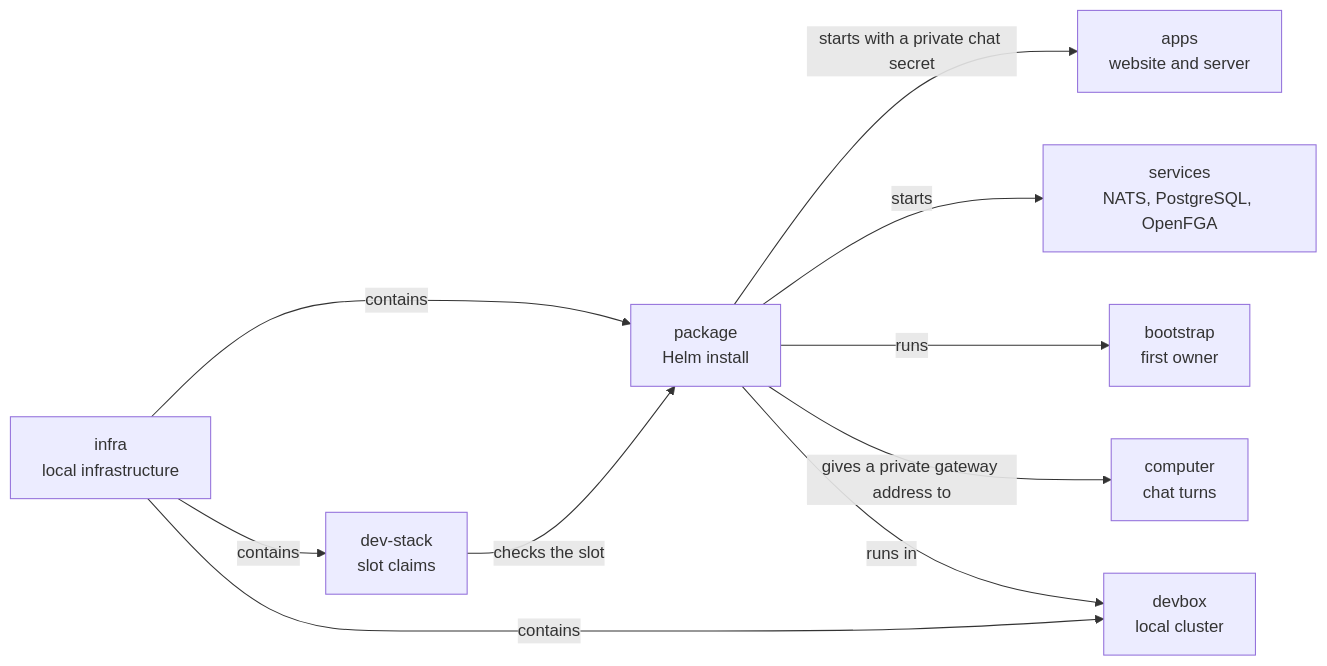
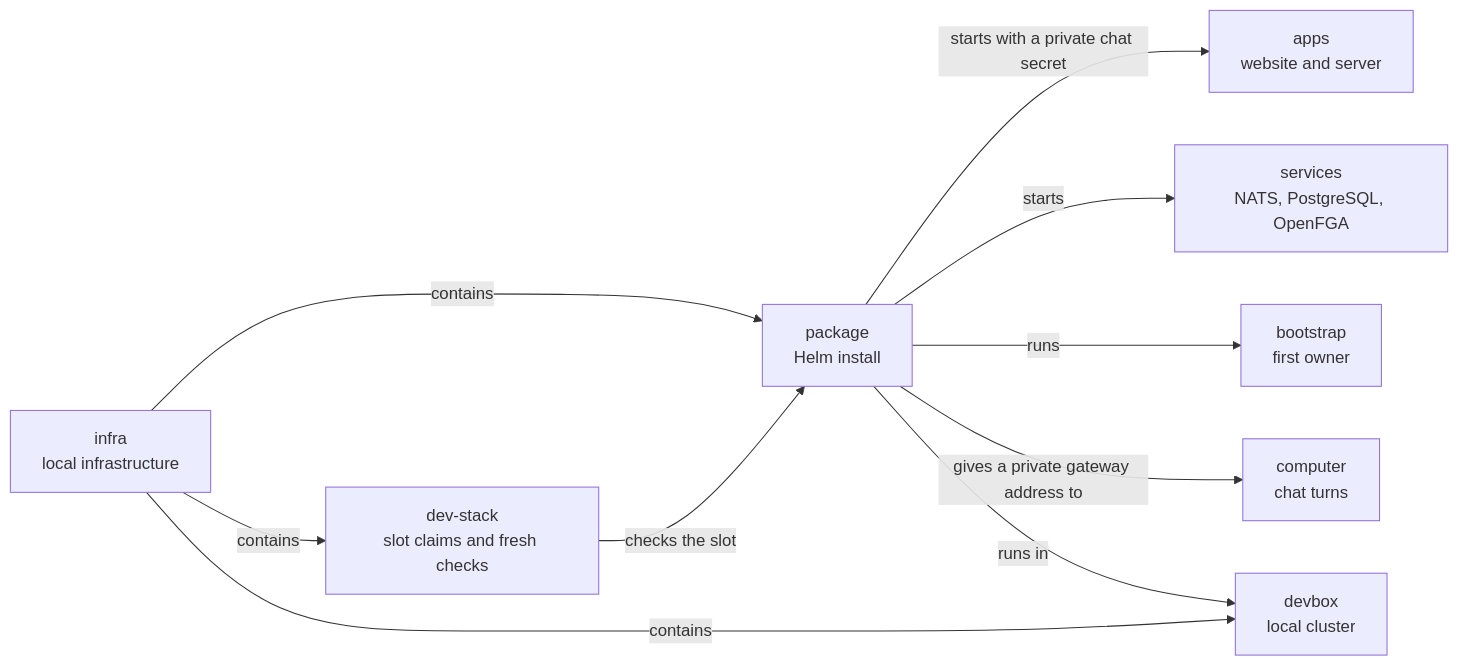
One commit to elewa-git/opencrane-new changed the diagram in infra/package/README.md. Above: the diagram before and after it, drawn with Mermaid. The commit also changed other lines of this file and 21 other files, not shown here.

````diff
--- a/infra/package/README.md
+++ b/infra/package/README.md
@@ -18,12 +18,12 @@
 ```mermaid
 flowchart LR
   infra["infra<br/>local infrastructure"] -->|contains| package["package<br/>Helm install"]
-  infra -->|contains| stack["dev-stack<br/>slot claims"]
+  infra -->|contains| stack["dev-stack<br/>slot claims and fresh checks"]
   infra -->|contains| devbox["devbox<br/>local cluster"]
   stack -->|checks the slot| package
   package -->|starts with a private chat secret| apps["apps<br/>website and server"]
   package -->|starts| services["services<br/>NATS, PostgreSQL, OpenFGA"]
   package -->|runs| bootstrap["bootstrap<br/>first owner"]
   package -->|gives a private gateway address to| computer["computer<br/>chat turns"]
   package -->|runs in| devbox
 ```
````
